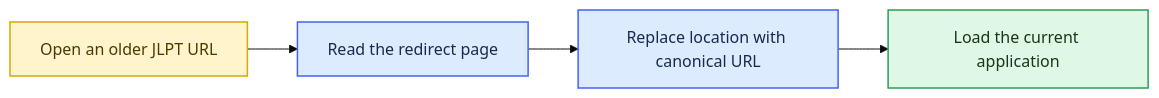
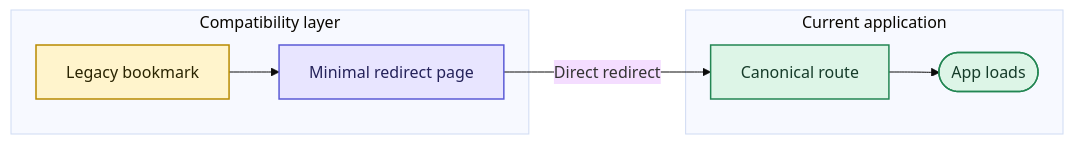
Before and after one commit to thangldw/thangldw.github.io: the diagram in apps/URL-MIGRATION.md, drawn with Mermaid (base theme). The commit also changed other lines of this file and 10 other files, not shown here.

````diff
--- a/apps/URL-MIGRATION.md
+++ b/apps/URL-MIGRATION.md
@@ -7,13 +7,23 @@
 ```mermaid
 flowchart LR
-  A[Open an older JLPT URL] --> B[Read the redirect page]
-  B --> C[Replace location with canonical URL]
-  C --> D[Load the current application]
+  subgraph Compatibility[Compatibility layer]
+    A[Legacy bookmark]
+    B[Minimal redirect page]
+  end
 
-  classDef old fill:#FFF4CC,stroke:#D6A800,color:#4B3B00,stroke-width:1.5px;
-  classDef step fill:#DDEBFF,stroke:#4262FF,color:#172B4D,stroke-width:1.5px;
-  classDef current fill:#DFF7E5,stroke:#2D9D57,color:#17351F,stroke-width:1.5px;
-  class A old;
-  class B,C step;
-  class D current;
+  subgraph Current[Current application]
+    C[Canonical route]
+    D([App loads])
+  end
+
+  A --> B
+  B -->|Direct redirect| C
+  C --> D
+
+  classDef legacy fill:#FFF4CC,stroke:#B88A00,color:#292300,stroke-width:1.5px;
+  classDef bridge fill:#E8E5FF,stroke:#5B5BD6,color:#24225A,stroke-width:1.5px;
+  classDef current fill:#DDF5E7,stroke:#238653,color:#153B29,stroke-width:1.5px;
+  class A legacy;
+  class B bridge;
+  class C,D current;
 ```
````
